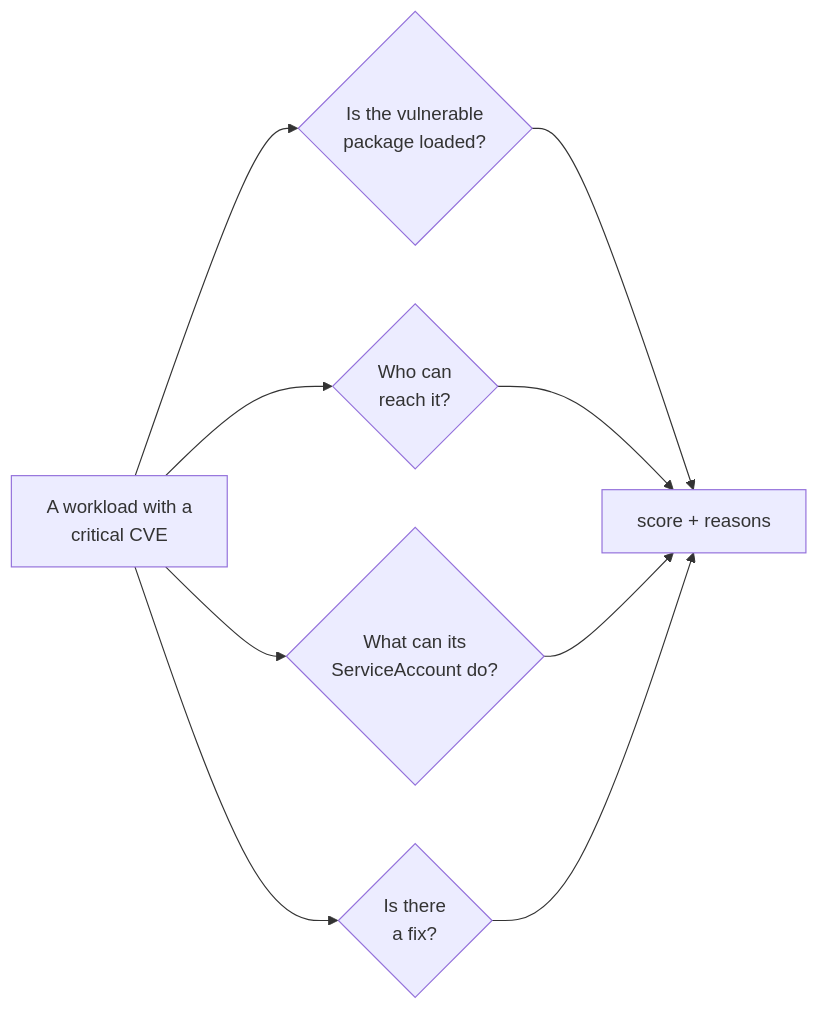
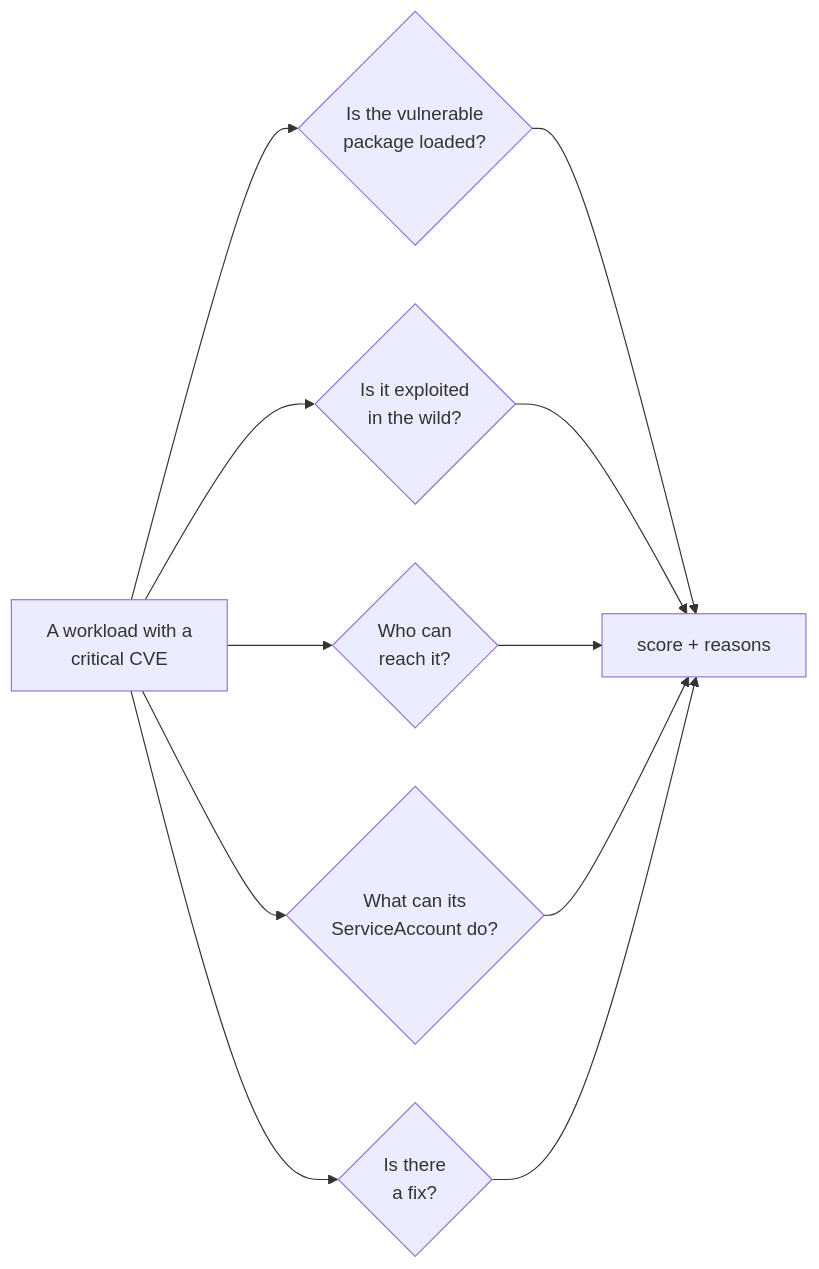
The fourth of 9 diagrams in proposals/fix-what-matters.md (kubescape/designs-and-proposals), drawn with Mermaid before and after one commit. The commit also changed other lines of this file, not shown here.

````diff
--- a/proposals/fix-what-matters.md
+++ b/proposals/fix-what-matters.md
@@ -198,11 +219,13 @@
 ```mermaid
 flowchart LR
   W["A workload with a<br/>critical CVE"] --> Q1{"Is the vulnerable<br/>package loaded?"}
+  W --> Q5{"Is it exploited<br/>in the wild?"}
   W --> Q2{"Who can<br/>reach it?"}
   W --> Q3{"What can its<br/>ServiceAccount do?"}
   W --> Q4{"Is there<br/>a fix?"}
   Q1 --> S["score + reasons"]
+  Q5 --> S
   Q2 --> S
   Q3 --> S
   Q4 --> S
 ```
````
